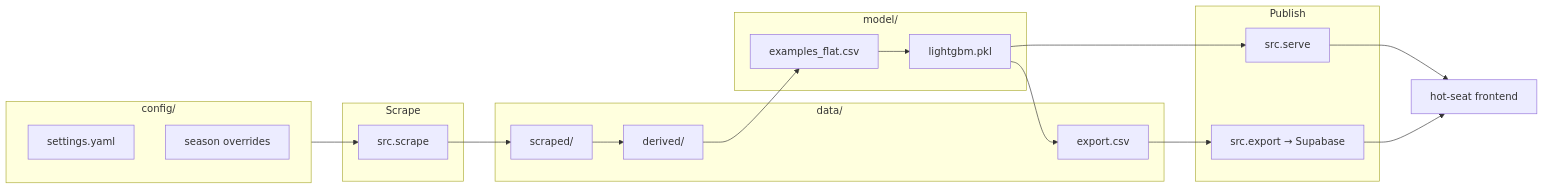
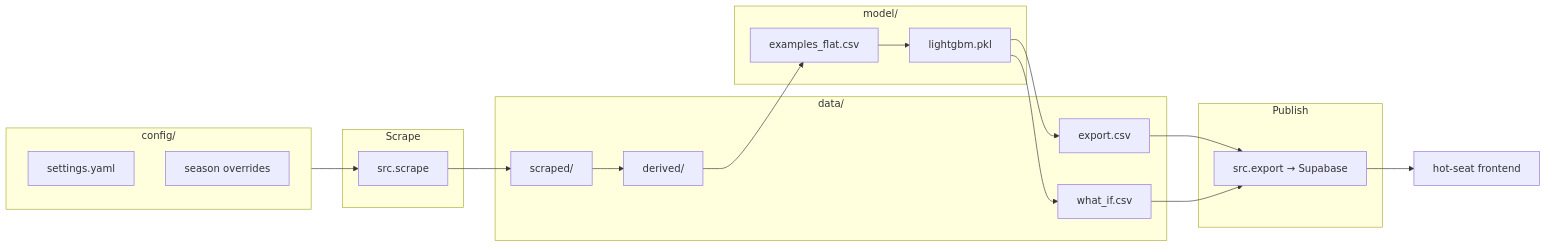
One commit to nhford/hot-seat-backend changed the diagram in README.md. Above: the diagram before and after it, drawn with Mermaid. The commit also changed other lines of this file and 5 other files, not shown here.

Commit message:
Publish a precomputed What If grid so the site can look up probabilities without a live predict call.

````diff
--- a/README.md
+++ b/README.md
@@ -11,31 +11,31 @@
 ```mermaid
 flowchart LR
   subgraph config [config/]
     settings[settings.yaml]
     season[season overrides]
   end
   subgraph scrape [Scrape]
     S[src.scrape]
   end
   subgraph data [data/]
     raw[scraped/]
     derived[derived/]
     export[export.csv]
+    grid[what_if.csv]
   end
   subgraph model [model/]
     flat[examples_flat.csv]
     lgb[lightgbm.pkl]
   end
   subgraph publish [Publish]
-    API[src.serve]
     SB[src.export → Supabase]
   end
   config --> S
   S --> raw --> derived
   derived --> flat --> lgb
   lgb --> export
+  lgb --> grid
   export --> SB
-  lgb --> API
-  API --> FE[hot-seat frontend]
-  SB --> FE
+  grid --> SB
+  SB --> FE[hot-seat frontend]
 ```
````
